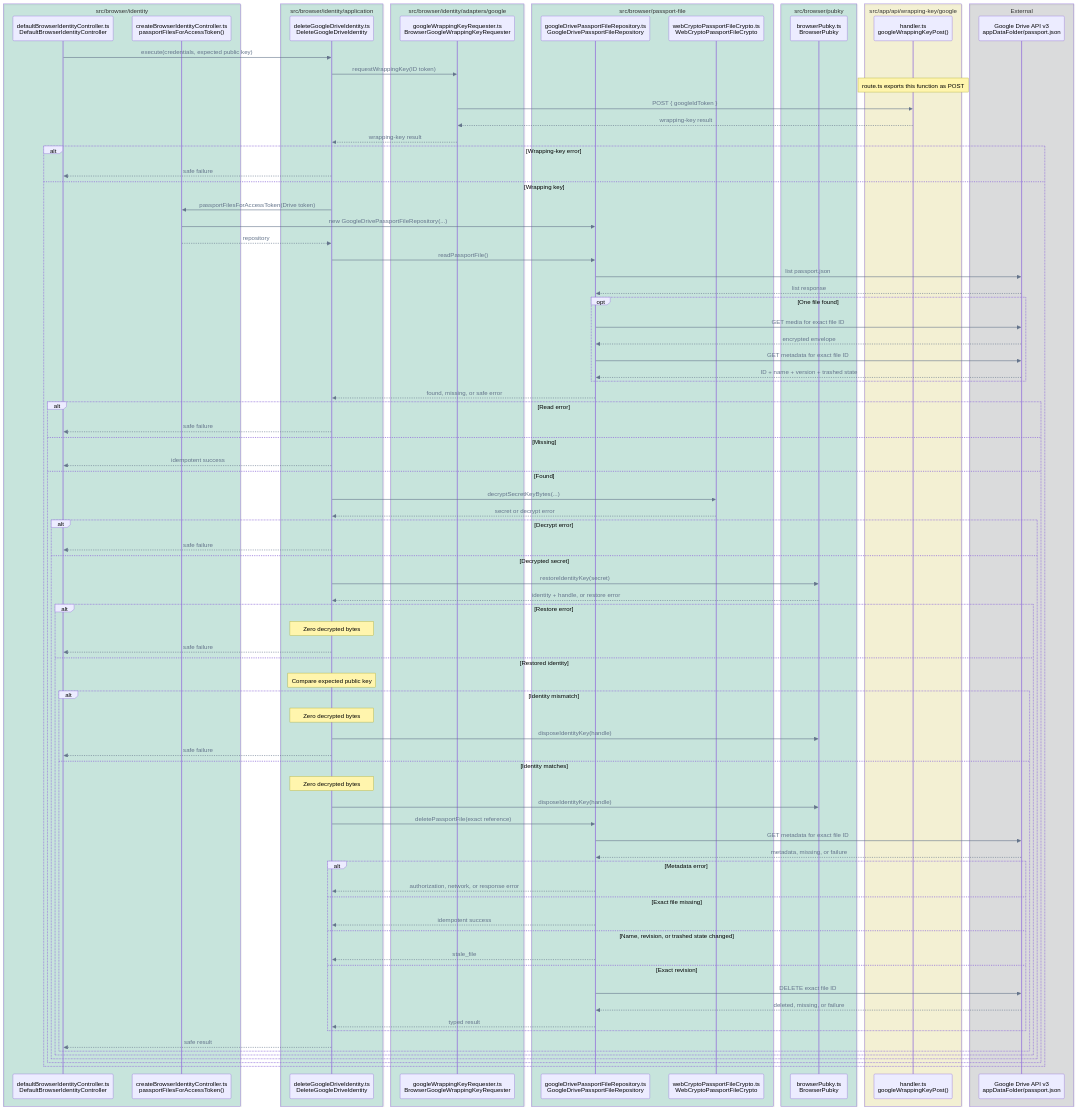
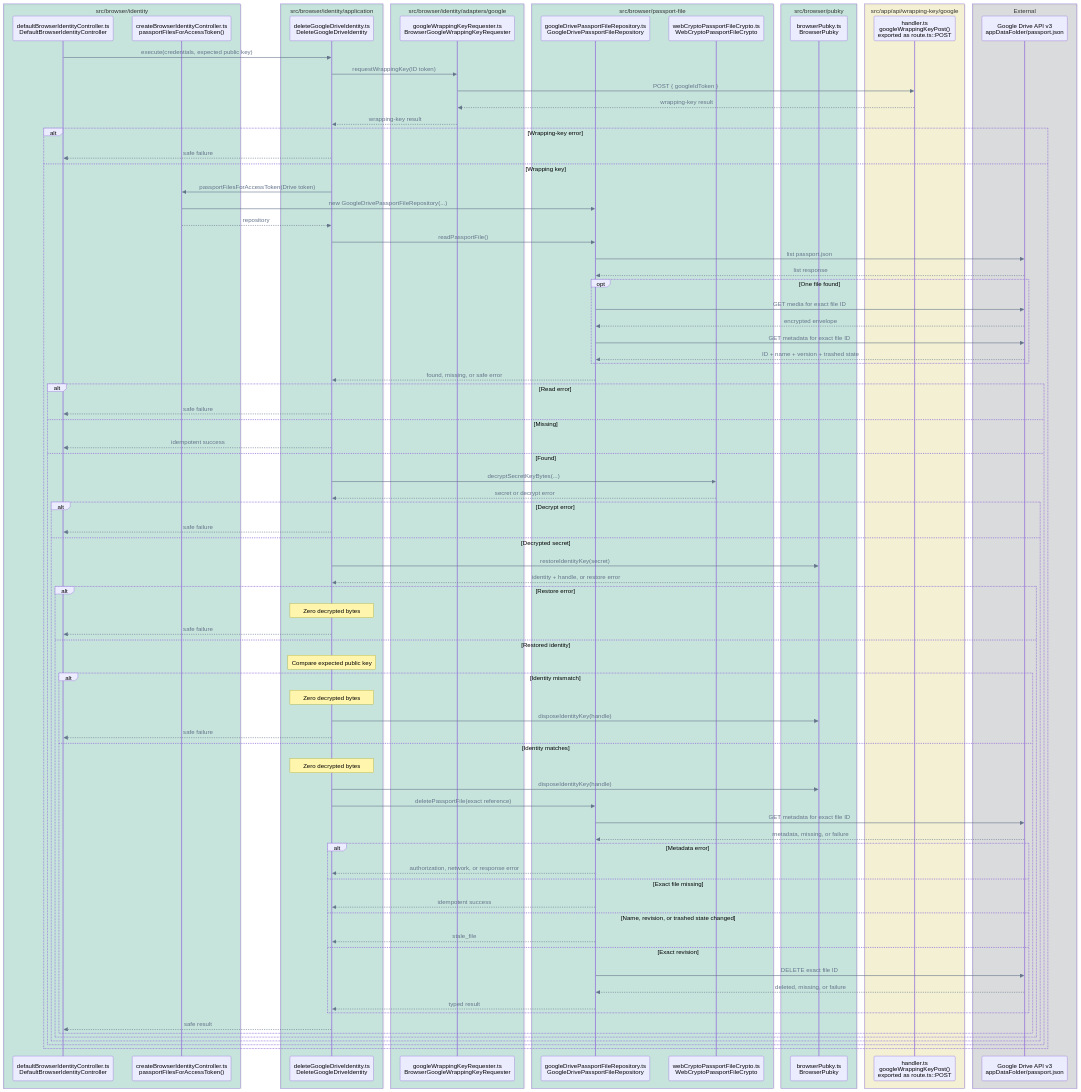
Before and after one commit to pubky/pubky-passport: diagram 12 of 14 in FLOWS.md, drawn with Mermaid. The commit also changed other lines of this file, not shown here.

```diff
--- a/FLOWS.md
+++ b/FLOWS.md
@@ -623,7 +621,7 @@
         participant Pubky as browserPubky.ts<br/>BrowserPubky
     end
     box rgba(240, 228, 66, 0.18) src/app/api/wrapping-key/google
-        participant WrappingAPI as handler.ts<br/>googleWrappingKeyPost()
+        participant WrappingAPI as handler.ts<br/>googleWrappingKeyPost()<br/>exported as route.ts::POST
     end
     box rgba(17, 24, 39, 0.12) External
         participant Drive as Google Drive API v3<br/>appDataFolder/passport.json
@@ -631,7 +629,6 @@
 
     Controller->>Delete: execute(credentials, expected public key)
     Delete->>Wrapping: requestWrappingKey(ID token)
-    Note over WrappingAPI: route.ts exports this function as POST
     Wrapping->>WrappingAPI: POST { googleIdToken }
     WrappingAPI-->>Wrapping: wrapping-key result
     Wrapping-->>Delete: wrapping-key result
```
